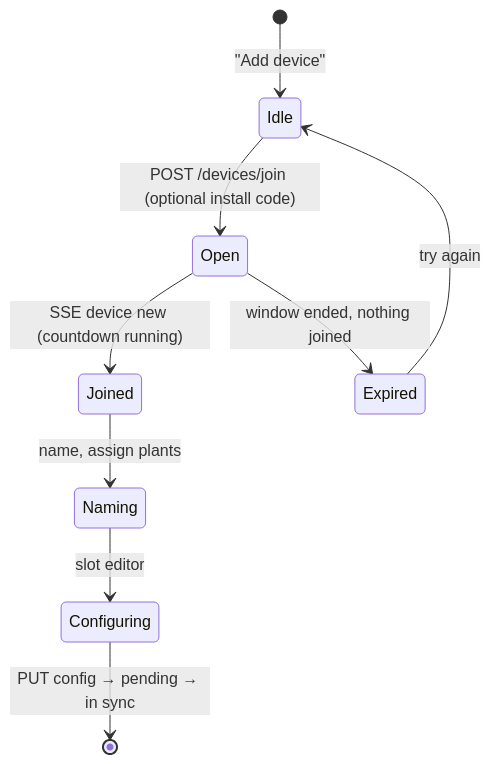
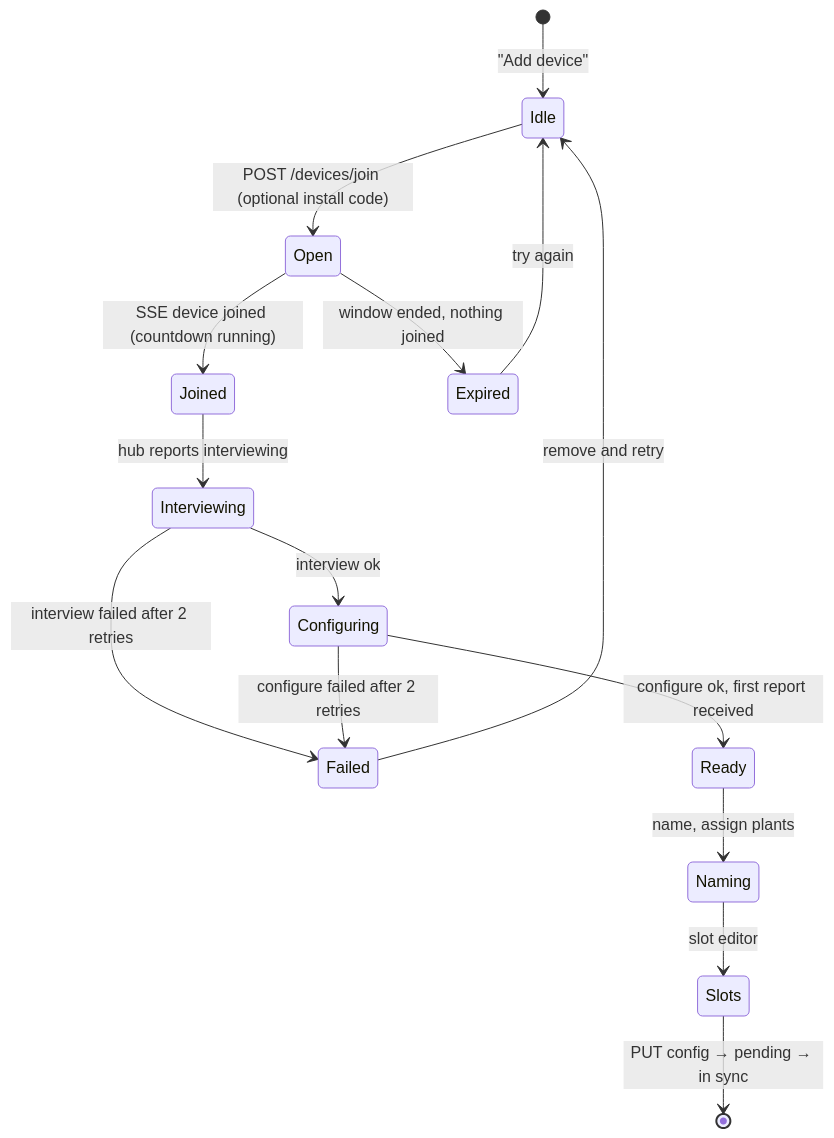
One commit to Hansom17/MoistureController changed the third of 3 diagrams in App/specs.md. Above: the diagram before and after it, drawn with Mermaid. The commit also changed other lines of this file and 6 other files, not shown here.

````diff
--- a/App/specs.md
+++ b/App/specs.md
@@ -194,11 +194,17 @@
 ```mermaid
 stateDiagram-v2
     [*] --> Idle: "Add device"
     Idle --> Open: POST /devices/join (optional install code)
-    Open --> Joined: SSE device new (countdown running)
+    Open --> Joined: SSE device joined (countdown running)
     Open --> Expired: window ended, nothing joined
     Expired --> Idle: try again
-    Joined --> Naming: name, assign plants
-    Naming --> Configuring: slot editor
-    Configuring --> [*]: PUT config → pending → in sync
+    Joined --> Interviewing: hub reports interviewing
+    Interviewing --> Configuring: interview ok
+    Interviewing --> Failed: interview failed after 2 retries
+    Configuring --> Ready: configure ok, first report received
+    Configuring --> Failed: configure failed after 2 retries
+    Failed --> Idle: remove and retry
+    Ready --> Naming: name, assign plants
+    Naming --> Slots: slot editor
+    Slots --> [*]: PUT config → pending → in sync
 ```
````
